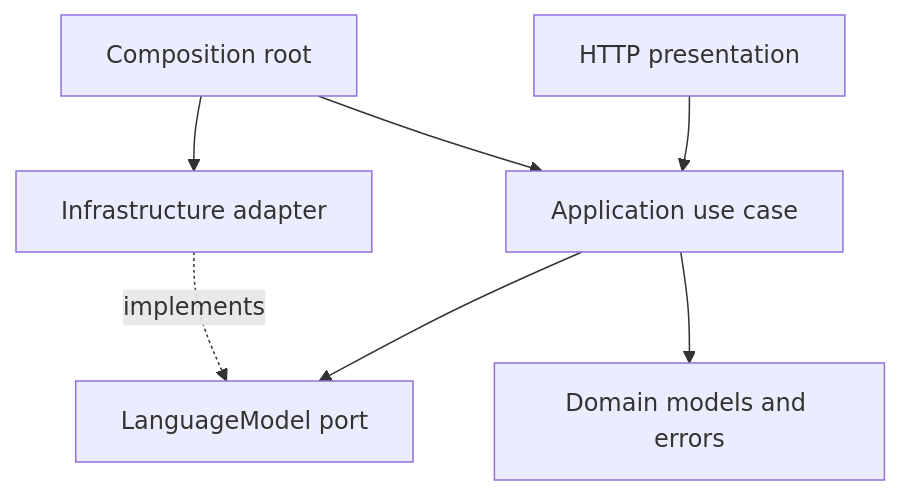
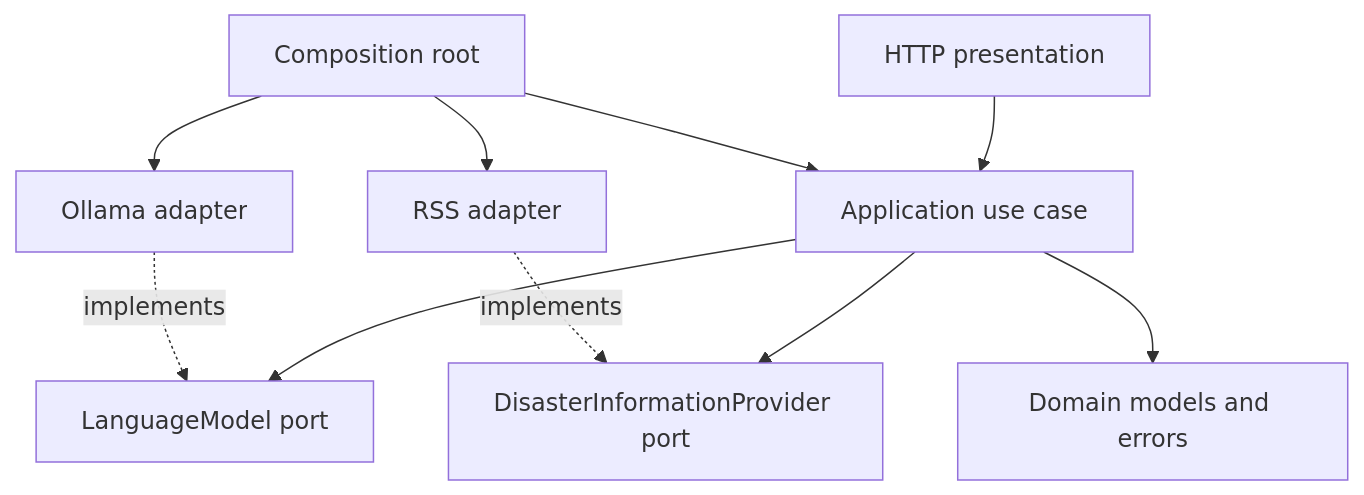
Before and after one commit to FearOfTheSea/DisasterMonitor: the third of 3 diagrams in docs/architecture.md, drawn with Mermaid. The commit also changed other lines of this file and 19 other files, not shown here.

````diff
--- a/docs/architecture.md
+++ b/docs/architecture.md
@@ -65,9 +67,12 @@
 ```mermaid
 flowchart TB
     http["HTTP presentation"] --> app["Application use case"]
-    app --> port["LanguageModel port"]
+    app --> modelPort["LanguageModel port"]
+    app --> infoPort["DisasterInformationProvider port"]
     app --> domain["Domain models and errors"]
-    infra["Infrastructure adapter"] -. implements .-> port
-    root["Composition root"] --> infra
+    modelInfra["Ollama adapter"] -. implements .-> modelPort
+    infoInfra["RSS adapter"] -. implements .-> infoPort
+    root["Composition root"] --> modelInfra
+    root --> infoInfra
     root --> app
 ```
````
